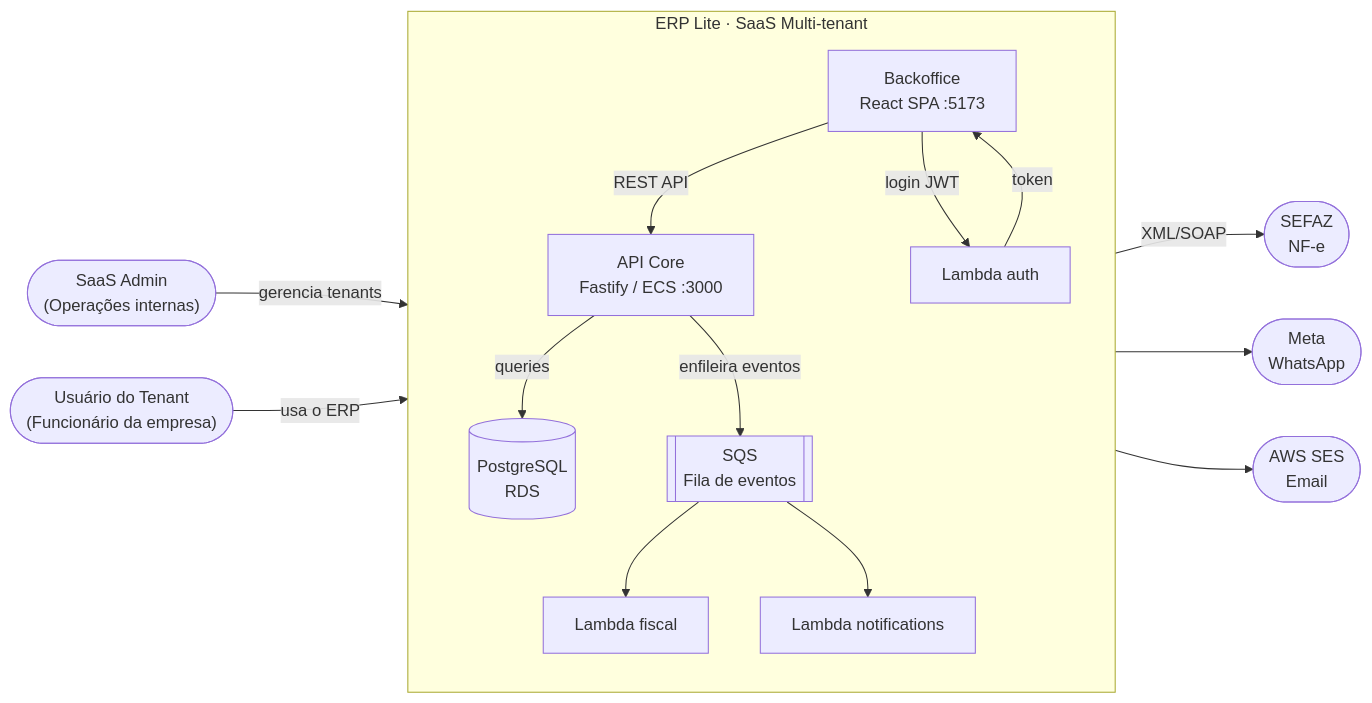
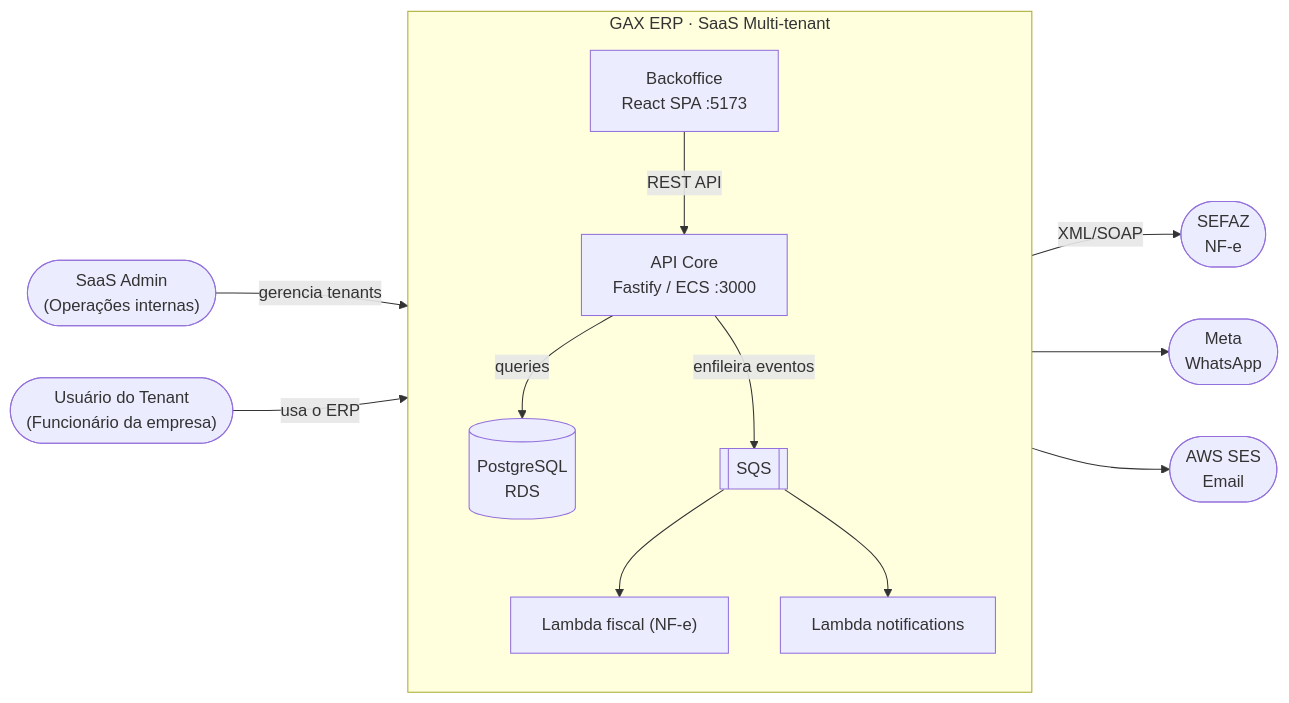
The first of 2 diagrams in README.md (gercenioxsilva/erp-lite), drawn with Mermaid before and after one commit. The commit also changed other lines of this file and 12 other files, not shown here.

````diff
--- a/README.md
+++ b/README.md
@@ -52,33 +87,30 @@
 ```mermaid
 flowchart LR
     saas_admin(["SaaS Admin\n(Operações internas)"])
     tenant_user(["Usuário do Tenant\n(Funcionário da empresa)"])
 
-    subgraph erp["ERP Lite  ·  SaaS Multi-tenant"]
+    subgraph erp["GAX ERP  ·  SaaS Multi-tenant"]
         direction TB
         backoffice["Backoffice\nReact SPA  :5173"]
         api_core["API Core\nFastify / ECS  :3000"]
-        auth_lambda["Lambda  auth"]
-        fiscal_lambda["Lambda  fiscal"]
+        fiscal_lambda["Lambda  fiscal (NF-e)"]
         notif_lambda["Lambda  notifications"]
         db[("PostgreSQL\nRDS")]
-        sqs[["SQS\nFila de eventos"]]
+        sqs[["SQS"]]
     end
 
     sefaz(["SEFAZ\nNF-e"])
     meta(["Meta\nWhatsApp"])
     ses(["AWS SES\nEmail"])
 
     saas_admin -- gerencia tenants --> backoffice
     tenant_user -- usa o ERP --> backoffice
     backoffice -- REST API --> api_core
-    backoffice -- login JWT --> auth_lambda
-    auth_lambda -- token --> backoffice
     api_core -- queries --> db
     api_core -- enfileira eventos --> sqs
     sqs --> fiscal_lambda
     sqs --> notif_lambda
     fiscal_lambda -- XML/SOAP --> sefaz
     notif_lambda --> meta
     notif_lambda --> ses
 ```
````
